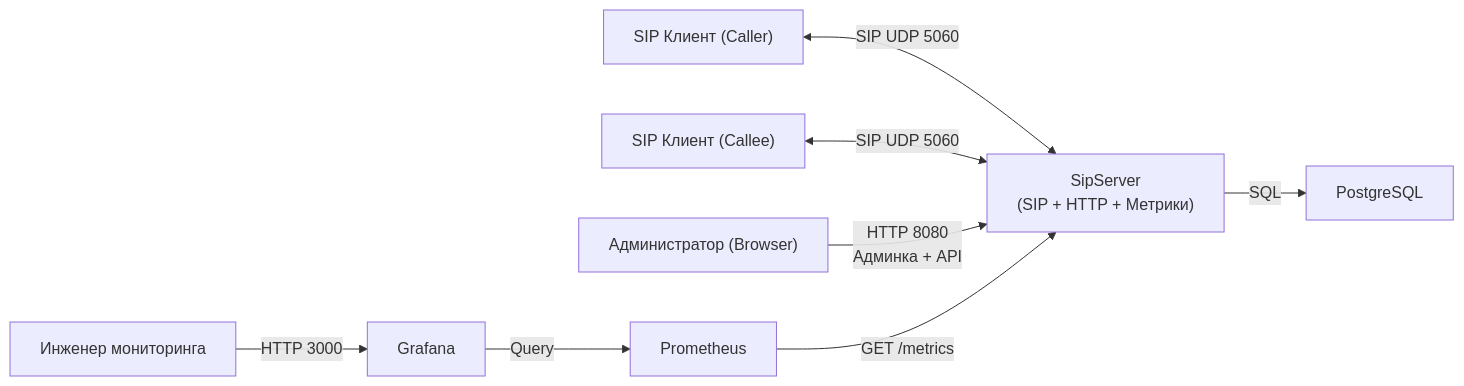
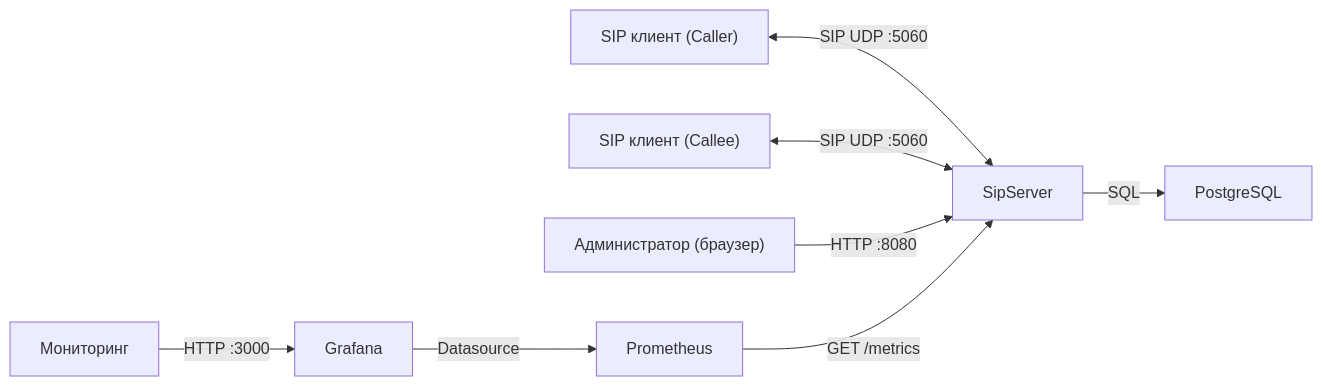
One commit to usernaimandrey/SipServer changed the first of 5 diagrams in README.md. Above: the diagram before and after it, drawn with Mermaid. The commit also changed other lines of this file, not shown here.

````diff
--- a/README.md
+++ b/README.md
@@ -32,25 +32,22 @@
 ```mermaid
 flowchart LR
-  Caller["SIP Клиент (Caller)"]
-  Callee["SIP Клиент (Callee)"]
-  Admin["Администратор (Browser)"]
-  Ops["Инженер мониторинга"]
+  Caller["SIP клиент (Caller)"]
+  Callee["SIP клиент (Callee)"]
+  Admin["Администратор (браузер)"]
+  Ops["Мониторинг"]
 
-  SipServer["SipServer\n(SIP + HTTP + Метрики)"]
-
+  App["SipServer"]
   DB["PostgreSQL"]
   Prom["Prometheus"]
   Graf["Grafana"]
 
-  Caller <-- "SIP UDP 5060" --> SipServer
-  Callee <-- "SIP UDP 5060" --> SipServer
+  Caller <-->|SIP UDP :5060| App
+  Callee <-->|SIP UDP :5060| App
 
-  Admin -->|"HTTP 8080\nАдминка + API"| SipServer
+  Admin -->|HTTP :8080| App
+  App -->|SQL| DB
 
-  SipServer -->|"SQL"| DB
-
-  Prom -->|"GET /metrics"| SipServer
-  Graf -->|"Query"| Prom
-  Ops -->|"HTTP 3000"| Graf
-
+  Prom -->|GET /metrics| App
+  Graf -->|Datasource| Prom
+  Ops -->|HTTP :3000| Graf
 ```
````
